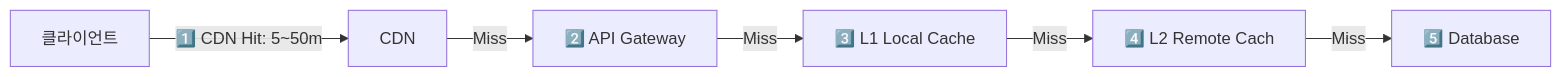
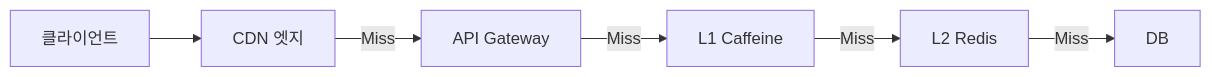
Before and after one commit to yjkim2015/yjkim2015.github.io: the second of 8 diagrams in _posts/caching/2026-05-03-multi-layer-caching.md, drawn with Mermaid. The commit also changed other lines of this file and 4 other files, not shown here.

````diff
--- a/_posts/caching/2026-05-03-multi-layer-caching.md
+++ b/_posts/caching/2026-05-03-multi-layer-caching.md
@@ -45,8 +48,8 @@
 ```mermaid
 graph LR
-    Client["클라이언트"] -->|"1️⃣ CDN Hit: 5~50m"| CDN["CDN"]
-    CDN -->|"Miss"| GW["2️⃣ API Gateway"]
-    GW -->|"Miss"| L1["3️⃣ L1 Local Cache"]
-    L1 -->|"Miss"| L2["4️⃣ L2 Remote Cach"]
-    L2 -->|"Miss"| DB["5️⃣ Database"]
+    C["클라이언트"] --> CDN["CDN 엣지"]
+    CDN -->|"Miss"| GW["API Gateway"]
+    GW -->|"Miss"| L1["L1 Caffeine"]
+    L1 -->|"Miss"| L2["L2 Redis"]
+    L2 -->|"Miss"| DB["DB"]
 ```
````
